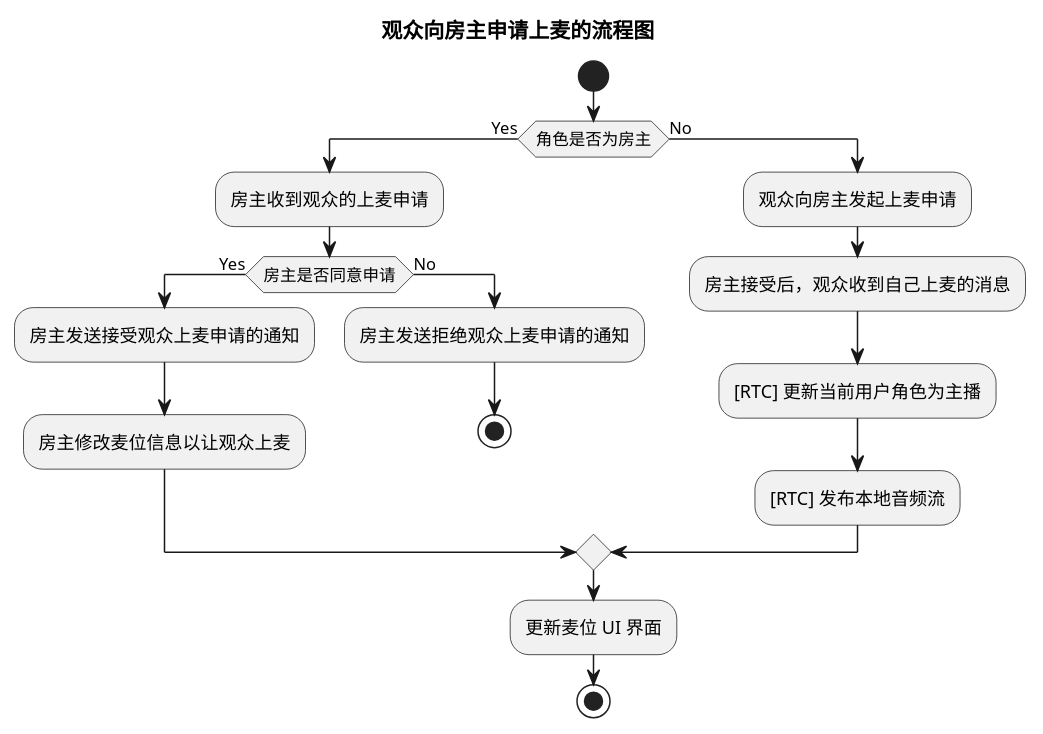
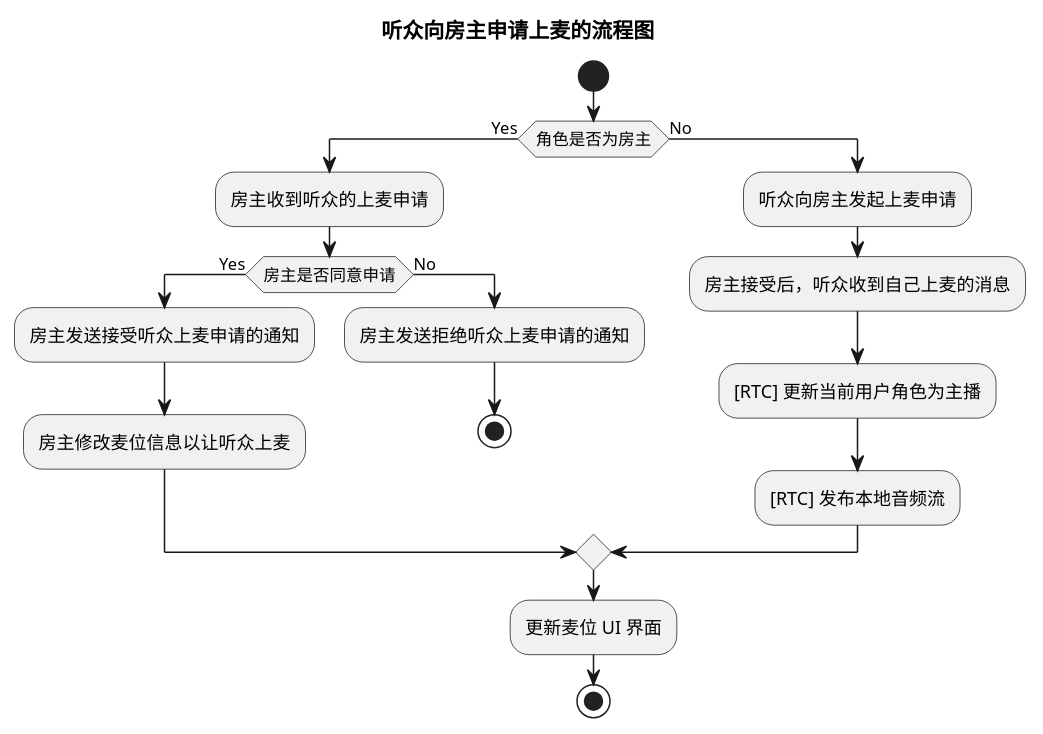
Before and after one commit to AgoraIO/agora_doc_source: the diagram in markdown/chatroom/03-观众申请.wsd, drawn with PlantUML. The commit also changed 10 other files, not shown here.

```diff
--- a/markdown/chatroom/03-观众申请.wsd
+++ b/markdown/chatroom/03-观众申请.wsd
@@ -1,21 +1,21 @@
 @startuml
-title 观众向房主申请上麦的流程图
+title 听众向房主申请上麦的流程图
 start
 if (角色是否为房主) then (Yes)
-    :房主收到观众的上麦申请;
+    :房主收到听众的上麦申请;
     if (房主是否同意申请) then (Yes)
-    :房主发送接受观众上麦申请的通知;
-    :房主修改麦位信息以让观众上麦;
+    :房主发送接受听众上麦申请的通知;
+    :房主修改麦位信息以让听众上麦;
     else (No)
-    :房主发送拒绝观众上麦申请的通知;
+    :房主发送拒绝听众上麦申请的通知;
     stop
     endif
 else(No)
-    :观众向房主发起上麦申请;
-    :房主接受后，观众收到自己上麦的消息;
+    :听众向房主发起上麦申请;
+    :房主接受后，听众收到自己上麦的消息;
     :[RTC] 更新当前用户角色为主播;
     :[RTC] 发布本地音频流;
 endif
 :更新麦位 UI 界面;
 stop
 @enduml
```
